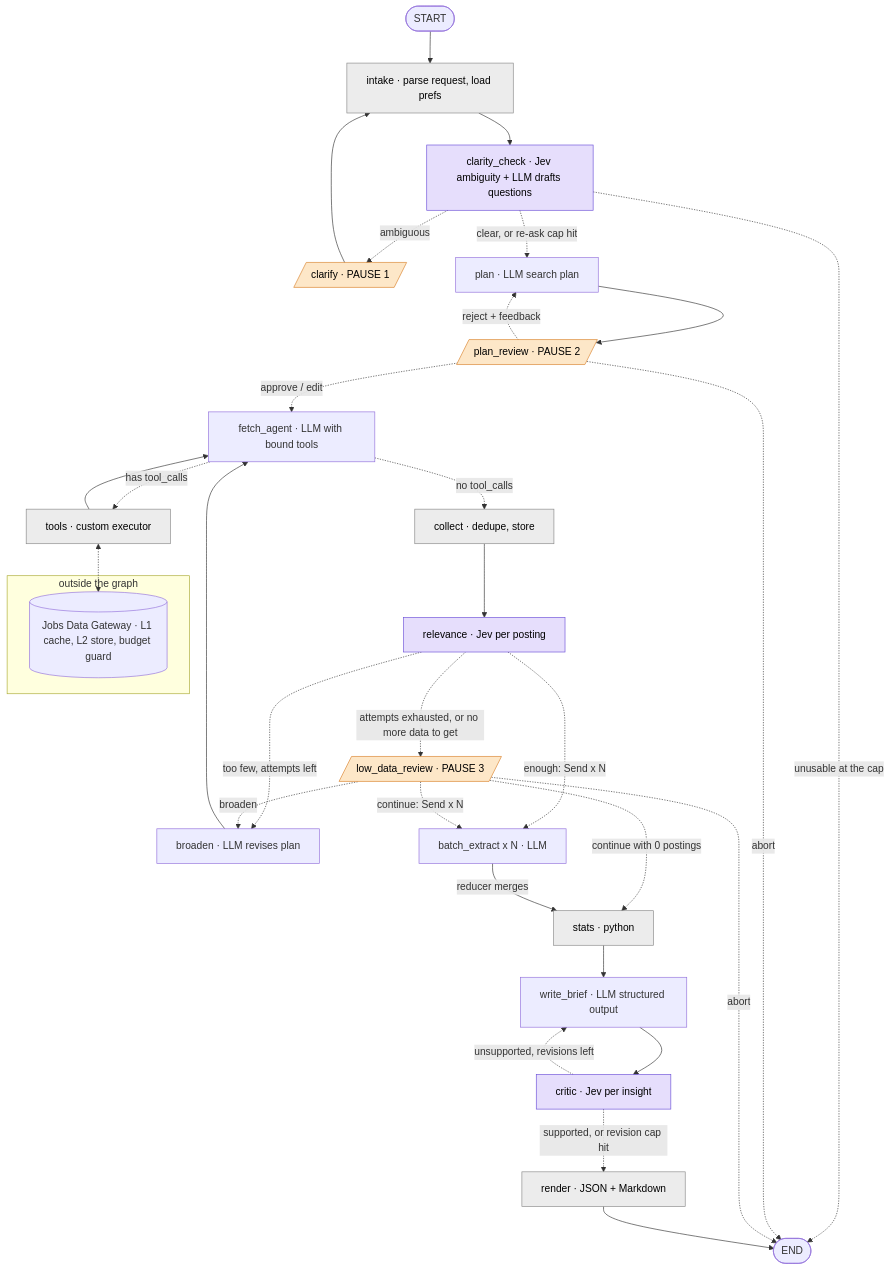
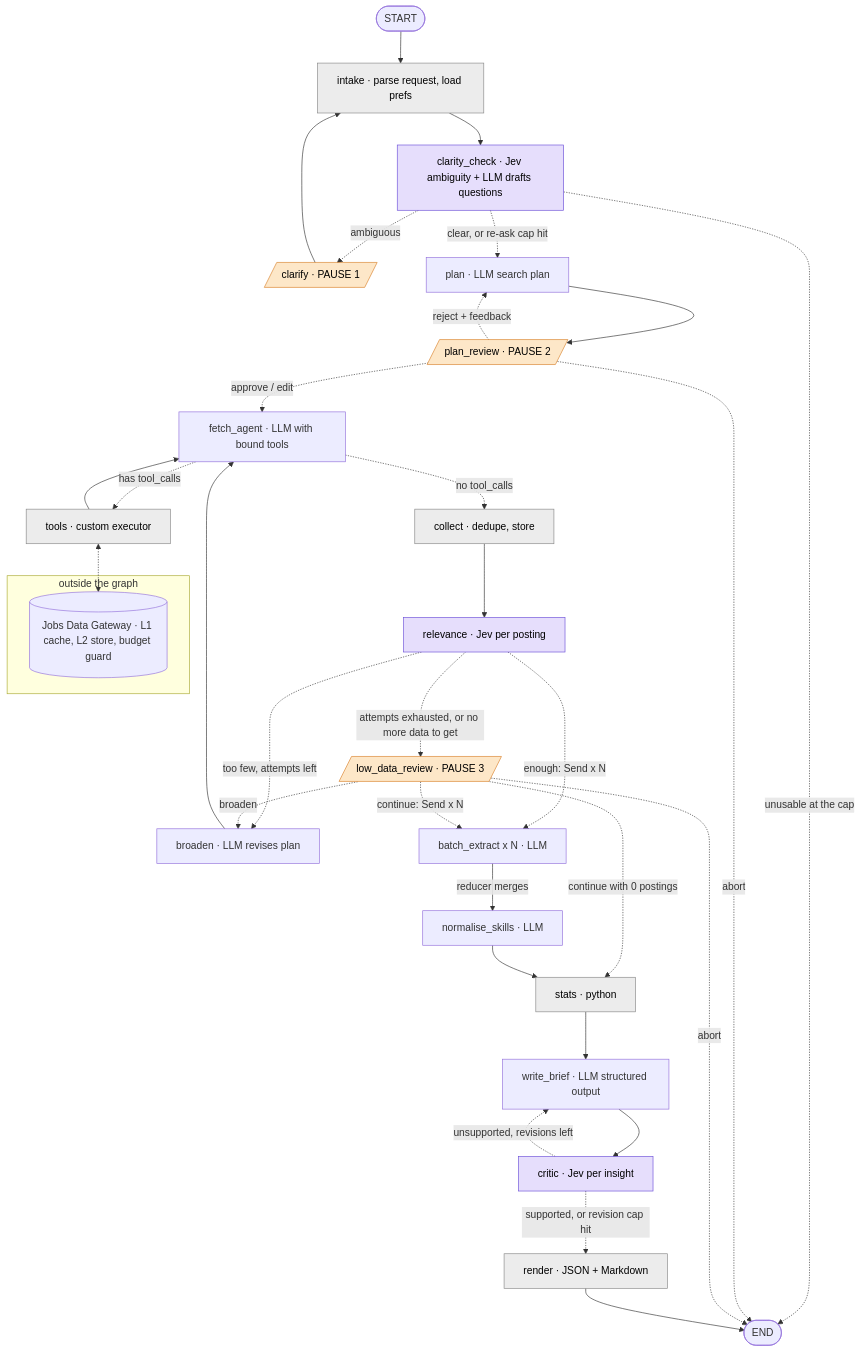
The second of 3 diagrams in docs/HLD.md (SmayanKulkarni/Joveo-Assignment-Smayan), drawn with Mermaid before and after one commit. The commit also changed other lines of this file and 18 other files, not shown here.

````diff
--- a/docs/HLD.md
+++ b/docs/HLD.md
@@ -68,60 +68,62 @@
 ```mermaid
 flowchart TD
   START([START])
   END_([END])
   intake[intake · parse request, load prefs]
   clarity_check[clarity_check · Jev ambiguity + LLM drafts questions]
   clarify[/clarify · PAUSE 1/]
   plan[plan · LLM search plan]
   plan_review[/plan_review · PAUSE 2/]
   fetch_agent[fetch_agent · LLM with bound tools]
   tools[tools · custom executor]
   collect[collect · dedupe, store]
   relevance[relevance · Jev per posting]
   broaden[broaden · LLM revises plan]
   low_data_review[/low_data_review · PAUSE 3/]
   batch_extract[batch_extract x N · LLM]
+  normalise_skills[normalise_skills · LLM]
   stats[stats · python]
   write_brief[write_brief · LLM structured output]
   critic[critic · Jev per insight]
   render[render · JSON + Markdown]
 
   subgraph outside [outside the graph]
     gw[(Jobs Data Gateway · L1 cache, L2 store, budget guard)]
   end
 
   START --> intake --> clarity_check
   clarity_check -.->|"clear, or re-ask cap hit"| plan
   clarity_check -.->|"ambiguous"| clarify
   clarity_check -.->|"unusable at the cap"| END_
   clarify --> intake
   plan --> plan_review
   plan_review -.->|"approve / edit"| fetch_agent
   plan_review -.->|"reject + feedback"| plan
   plan_review -.->|"abort"| END_
   fetch_agent -.->|"has tool_calls"| tools
   fetch_agent -.->|"no tool_calls"| collect
   tools --> fetch_agent
   tools <-.-> gw
   collect --> relevance
   relevance -.->|"enough: Send x N"| batch_extract
   relevance -.->|"too few, attempts left"| broaden
   relevance -.->|"attempts exhausted, or no more data to get"| low_data_review
   broaden --> fetch_agent
   low_data_review -.->|"broaden"| broaden
   low_data_review -.->|"continue: Send x N"| batch_extract
   low_data_review -.->|"continue with 0 postings"| stats
   low_data_review -.->|"abort"| END_
-  batch_extract -->|"reducer merges"| stats
+  batch_extract -->|"reducer merges"| normalise_skills
+  normalise_skills --> stats
   stats --> write_brief --> critic
   critic -.->|"unsupported, revisions left"| write_brief
   critic -.->|"supported, or revision cap hit"| render
   render --> END_
 
   classDef pause fill:#fde7c8,stroke:#d9822b,color:#000
   classDef jev fill:#e6defc,stroke:#6b4fd8,color:#000
   classDef code fill:#ececec,stroke:#888,color:#000
   class clarify,plan_review,low_data_review pause
   class clarity_check,relevance,critic jev
   class intake,collect,stats,render,tools code
 ```
````
